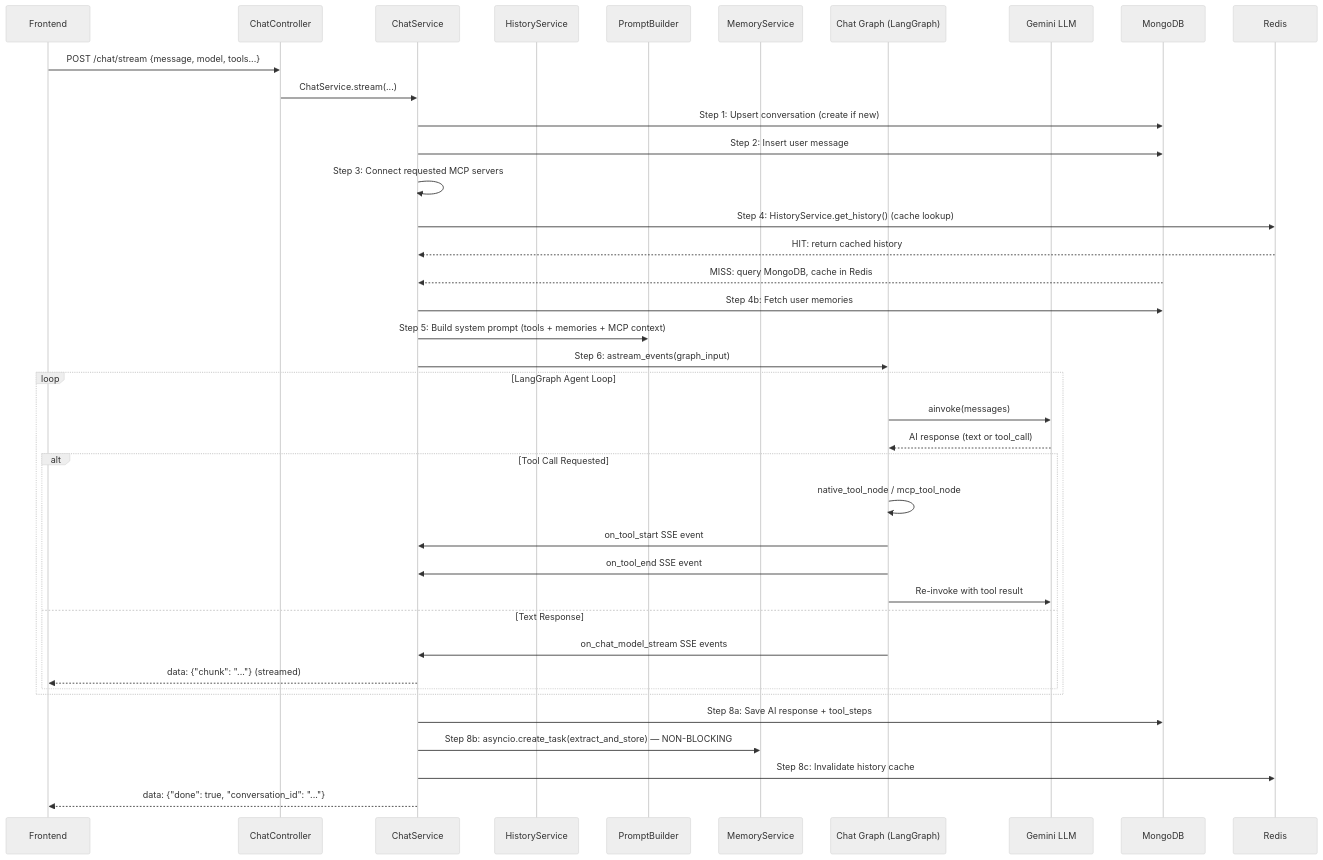
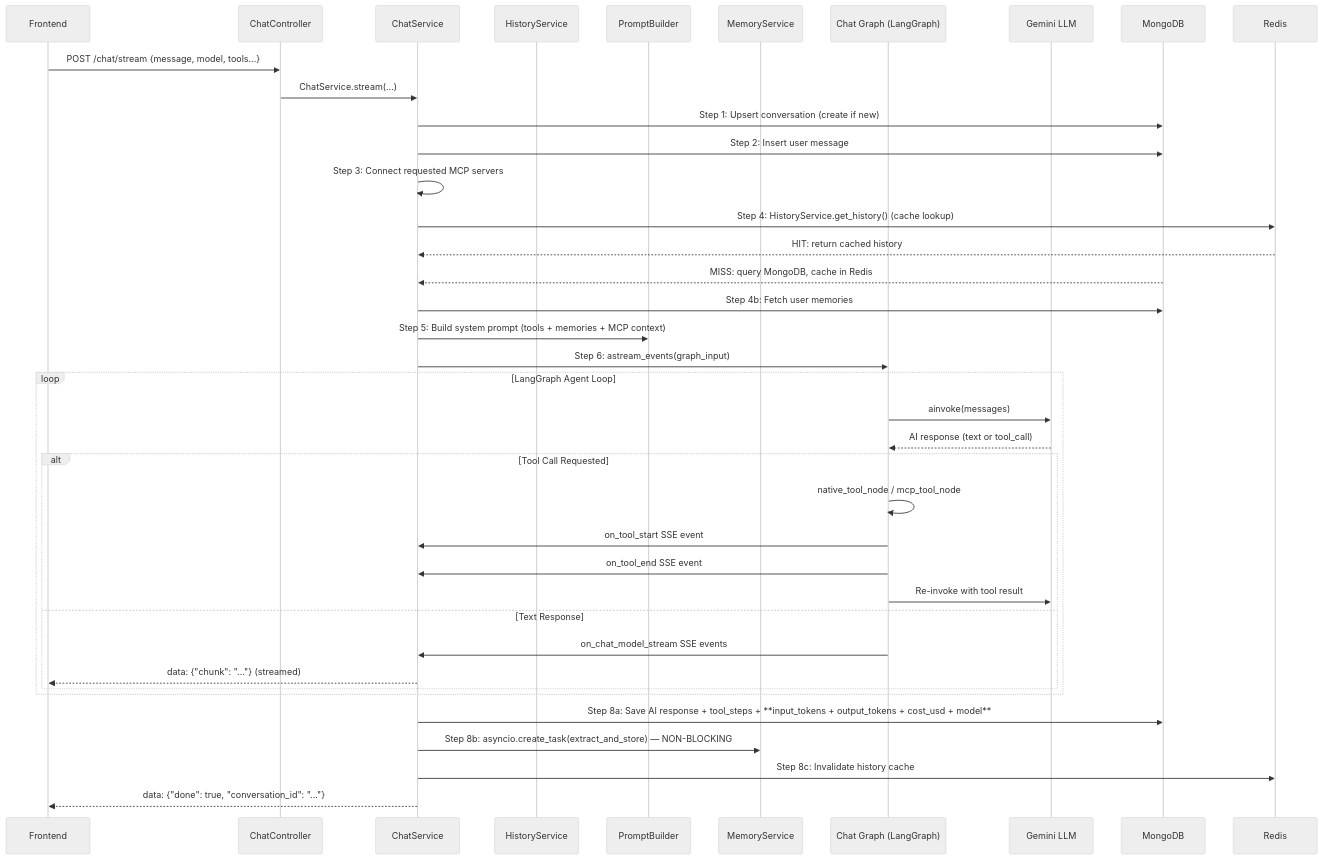
The second of 11 diagrams in README.md (ankit-raj00/Chatbot_backend), drawn with Mermaid (neutral theme) before and after one commit. The commit also changed other lines of this file and 6 other files, not shown here.

````diff
--- a/README.md
+++ b/README.md
@@ -290,45 +322,45 @@
 ```mermaid
 sequenceDiagram
     participant FE as Frontend
     participant CC as ChatController
     participant CS as ChatService
     participant HS as HistoryService
     participant PB as PromptBuilder
     participant MS as MemoryService
     participant CG as Chat Graph (LangGraph)
     participant GEMINI as Gemini LLM
     participant MONGO as MongoDB
     participant REDIS as Redis
 
     FE->>CC: POST /chat/stream {message, model, tools...}
     CC->>CS: ChatService.stream(...)
 
     CS->>MONGO: Step 1: Upsert conversation (create if new)
     CS->>MONGO: Step 2: Insert user message
     CS->>CS: Step 3: Connect requested MCP servers
     CS->>REDIS: Step 4: HistoryService.get_history() (cache lookup)
     REDIS-->>CS: HIT: return cached history
     MONGO-->>CS: MISS: query MongoDB, cache in Redis
     CS->>MONGO: Step 4b: Fetch user memories
     CS->>PB: Step 5: Build system prompt (tools + memories + MCP context)
     CS->>CG: Step 6: astream_events(graph_input)
     
     loop LangGraph Agent Loop
         CG->>GEMINI: ainvoke(messages)
         GEMINI-->>CG: AI response (text or tool_call)
         alt Tool Call Requested
             CG->>CG: native_tool_node / mcp_tool_node
             CG->>CS: on_tool_start SSE event
             CG->>CS: on_tool_end SSE event
             CG->>GEMINI: Re-invoke with tool result
         else Text Response
             CG->>CS: on_chat_model_stream SSE events
             CS-->>FE: data: {"chunk": "..."} (streamed)
         end
     end
 
-    CS->>MONGO: Step 8a: Save AI response + tool_steps
+    CS->>MONGO: Step 8a: Save AI response + tool_steps + **input_tokens + output_tokens + cost_usd + model**
     CS->>MS: Step 8b: asyncio.create_task(extract_and_store) — NON-BLOCKING
     CS->>REDIS: Step 8c: Invalidate history cache
     CS-->>FE: data: {"done": true, "conversation_id": "..."}
 ```
````
